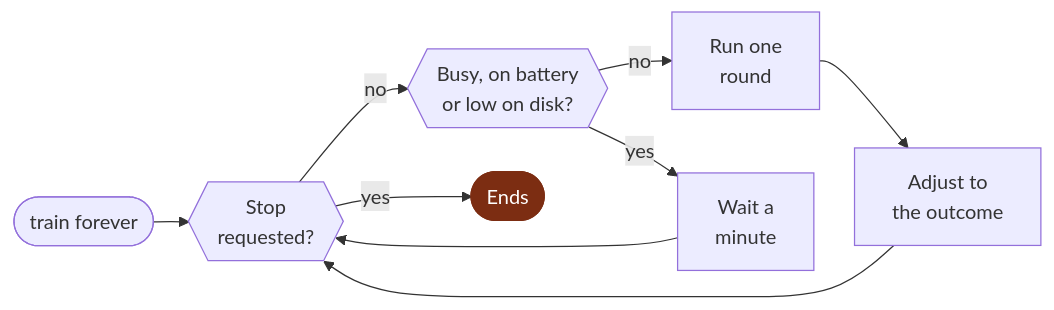
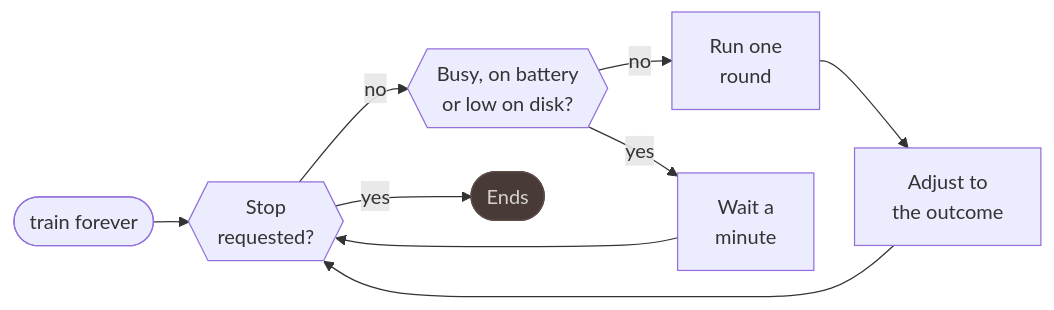
Before and after one commit to LCapy/embedding-rhizome-classifier: the sixth of 6 diagrams in README.md, drawn with Mermaid. The commit also changed other lines of this file and 10 other files, not shown here.

````diff
--- a/README.md
+++ b/README.md
@@ -438,15 +450,15 @@
 ```mermaid
 %%{init: {"flowchart": {"nodeSpacing": 22, "rankSpacing": 28}}}%%
 flowchart LR
     Start(["train forever"]) --> Stop{{"Stop<br/>requested?"}}
     Stop -->|"no"| Busy{{"Busy, on battery<br/>or low on disk?"}}
     Busy -->|"no"| Run["Run one<br/>round"]
     Run --> Adjust["Adjust to<br/>the outcome"]
     Adjust --> Stop
     Busy -->|"yes"| Wait["Wait a<br/>minute"]
     Wait --> Stop
     Stop -->|"yes"| End(["Ends"])
 
-    classDef ended fill:#7c2d12,color:#fff,stroke:#7c2d12
+    classDef ended fill:#483b37,color:#d6d3cb,stroke:#5d4d48
     class End ended
 ```
````
